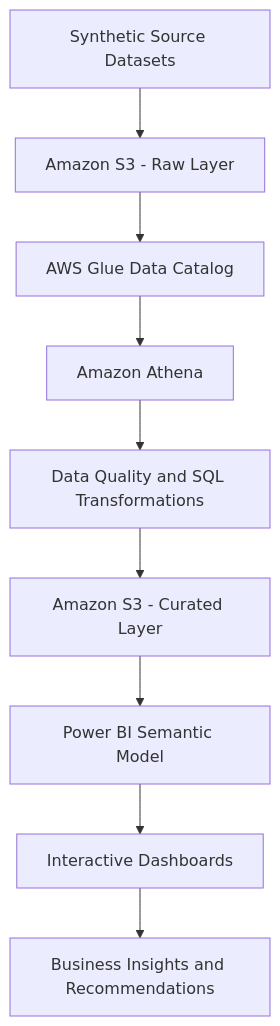
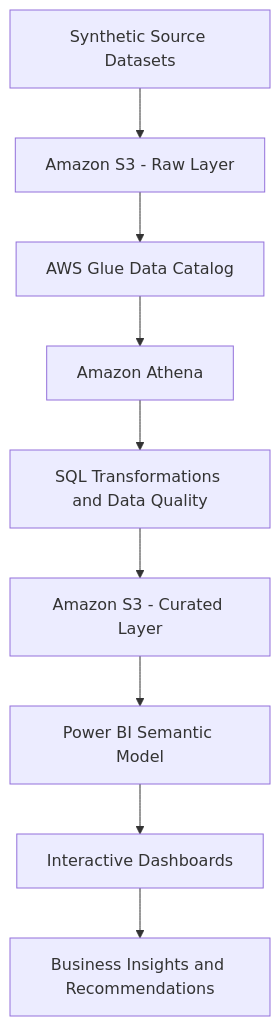
Before and after one commit to faisalnchohan786/airline-customer-experience-analytics: the diagram in README.md, drawn with Mermaid. The commit also changed other lines of this file, not shown here.

````diff
--- a/README.md
+++ b/README.md
@@ -57,11 +57,11 @@
 ```mermaid
 flowchart TD
     A["Synthetic Source Datasets"] --> B["Amazon S3 - Raw Layer"]
     B --> C["AWS Glue Data Catalog"]
     C --> D["Amazon Athena"]
-    D --> E["Data Quality and SQL Transformations"]
+    D --> E["SQL Transformations and Data Quality"]
     E --> F["Amazon S3 - Curated Layer"]
     F --> G["Power BI Semantic Model"]
     G --> H["Interactive Dashboards"]
     H --> I["Business Insights and Recommendations"]
 ```
````
